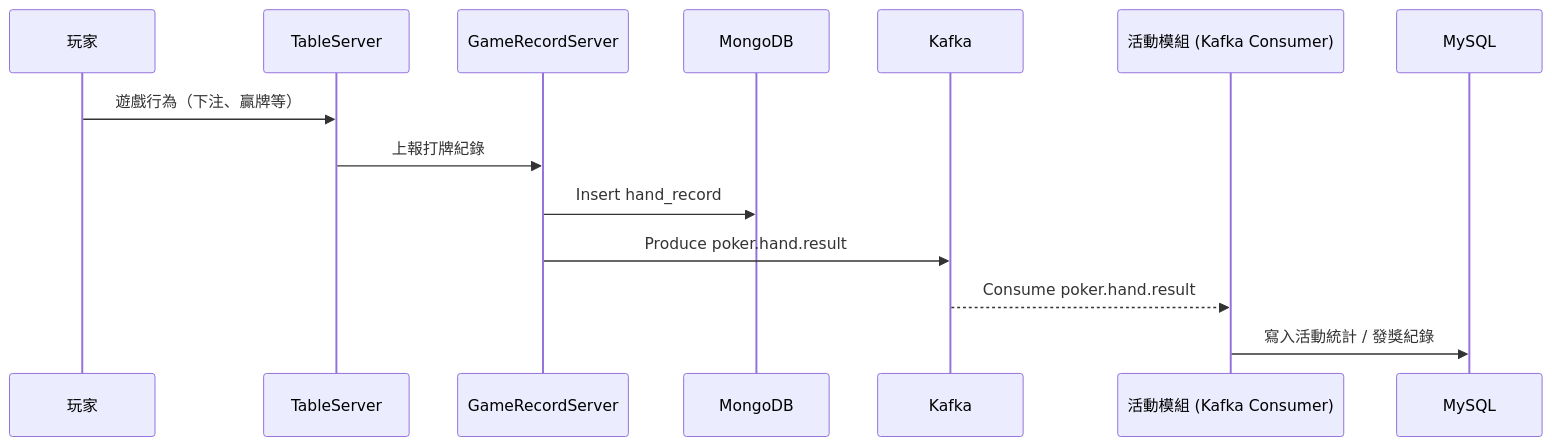
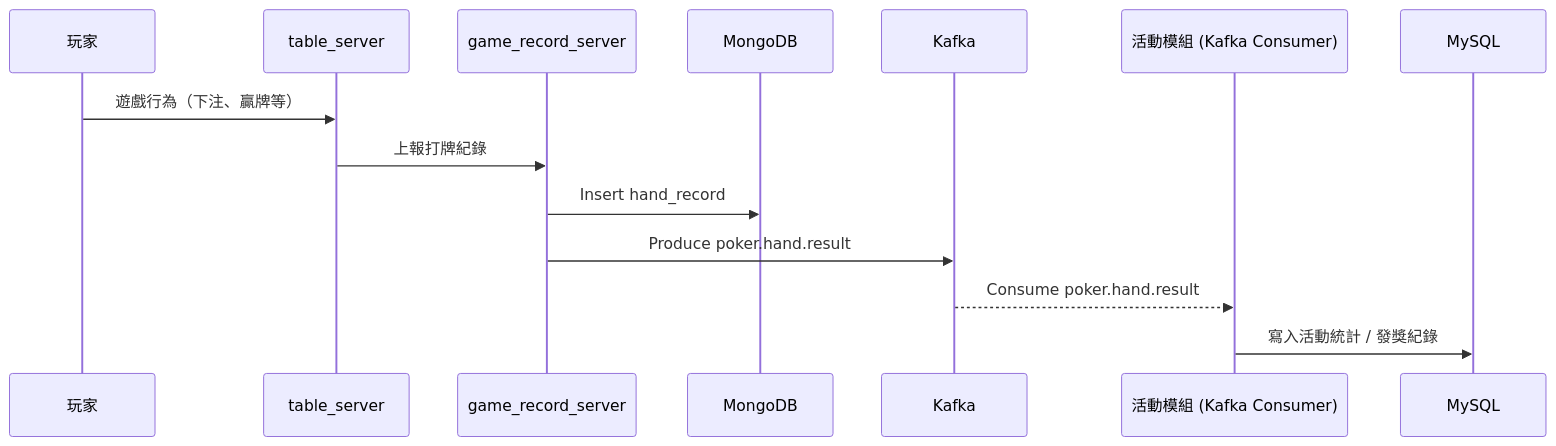
Before and after one commit to leeisman/poker_architecture: the second of 2 diagrams in activity_even_driven.md, drawn with Mermaid. The commit also changed other lines of this file and 12 other files, not shown here.

````diff
--- a/activity_even_driven.md
+++ b/activity_even_driven.md
@@ -27,17 +27,17 @@
 ```mermaid
 sequenceDiagram
     participant Player as 玩家
-    participant Table as TableServer
-    participant Record as GameRecordServer
+    participant Table as table_server
+    participant Record as game_record_server
     participant Mongo as MongoDB
     participant Kafka as Kafka
     participant Activity as 活動模組 (Kafka Consumer)
     participant MySQL as MySQL
 
     Player->>Table: 遊戲行為（下注、贏牌等）
     Table->>Record: 上報打牌紀錄
     Record->>Mongo: Insert hand_record
     Record->>Kafka: Produce poker.hand.result
     Kafka-->>Activity: Consume poker.hand.result
     Activity->>MySQL: 寫入活動統計 / 發獎紀錄
 ```
````
